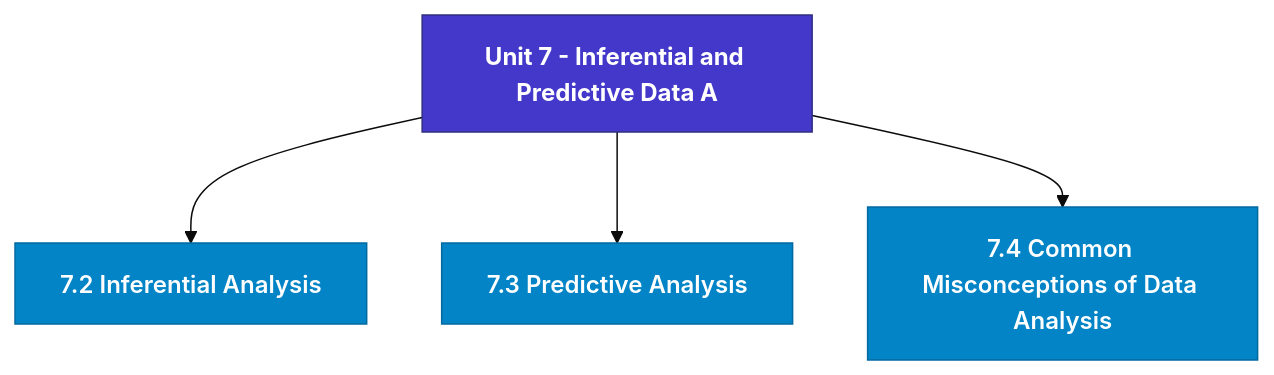
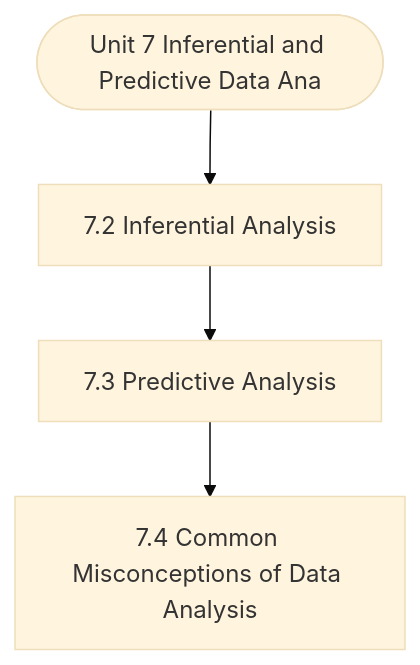
Before and after one commit to Asutosh-Coaching/mscdsa: the diagram in notes/Semester_1/MCS-062_Introduction_to_Data_Science/unit_07_Inferential_and_Predictive_Data_Analysis_-_An_Intr.md, drawn with Mermaid (base theme). The commit also changed other lines of this file and 115 other files, not shown here.

Commit message:
Fix Mermaid layout for mobile, isolate LaTeX delimiters, and add GitHub Pages reader

````diff
--- a/notes/Semester_1/MCS-062_Introduction_to_Data_Science/unit_07_Inferential_and_Predictive_Data_Analysis_-_An_Intr.md
+++ b/notes/Semester_1/MCS-062_Introduction_to_Data_Science/unit_07_Inferential_and_Predictive_Data_Analysis_-_An_Intr.md
@@ -19,15 +19,10 @@
 ```mermaid
 flowchart TD
-  %% Styling Definitions
-  classDef head fill:#4338ca,stroke:#312e81,color:#ffffff,font-weight:bold;
-  classDef topic fill:#0284c7,stroke:#0369a1,color:#ffffff,font-weight:600;
-  classDef sub fill:#1e293b,stroke:#475569,color:#f8fafc;
-
-  Root["Unit 7 - Inferential and Predictive Data A"]:::head
-  M1["7.2 Inferential Analysis"]:::topic
-  Root --> M1
-  M2["7.3 Predictive Analysis"]:::topic
-  Root --> M2
-  M3["7.4 Common Misconceptions of Data Analysis"]:::topic
-  Root --> M3
+  Start(["Unit 7 Inferential and Predictive Data Ana"])
+  N1["7.2 Inferential Analysis"]
+  N2["7.3 Predictive Analysis"]
+  N3["7.4 Common Misconceptions of Data Analysis"]
+  Start --> N1
+  N1 --> N2
+  N2 --> N3
 ```
````
